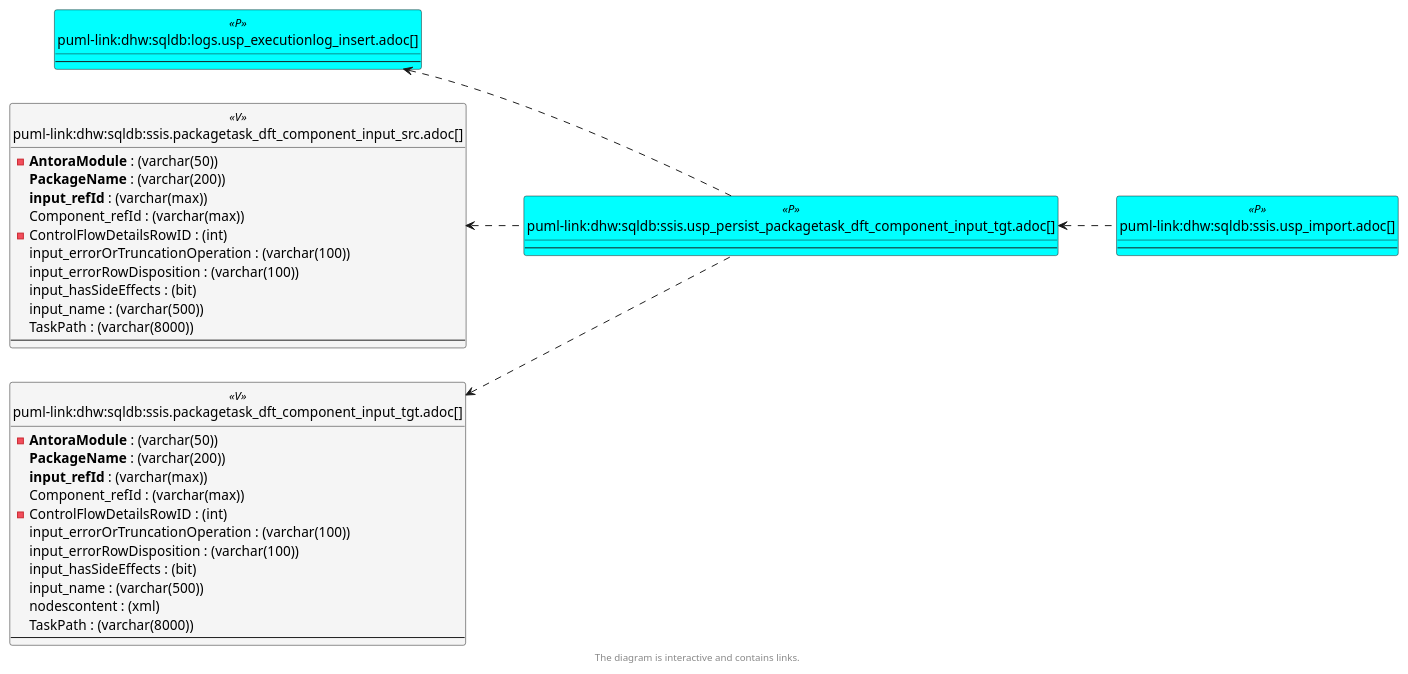
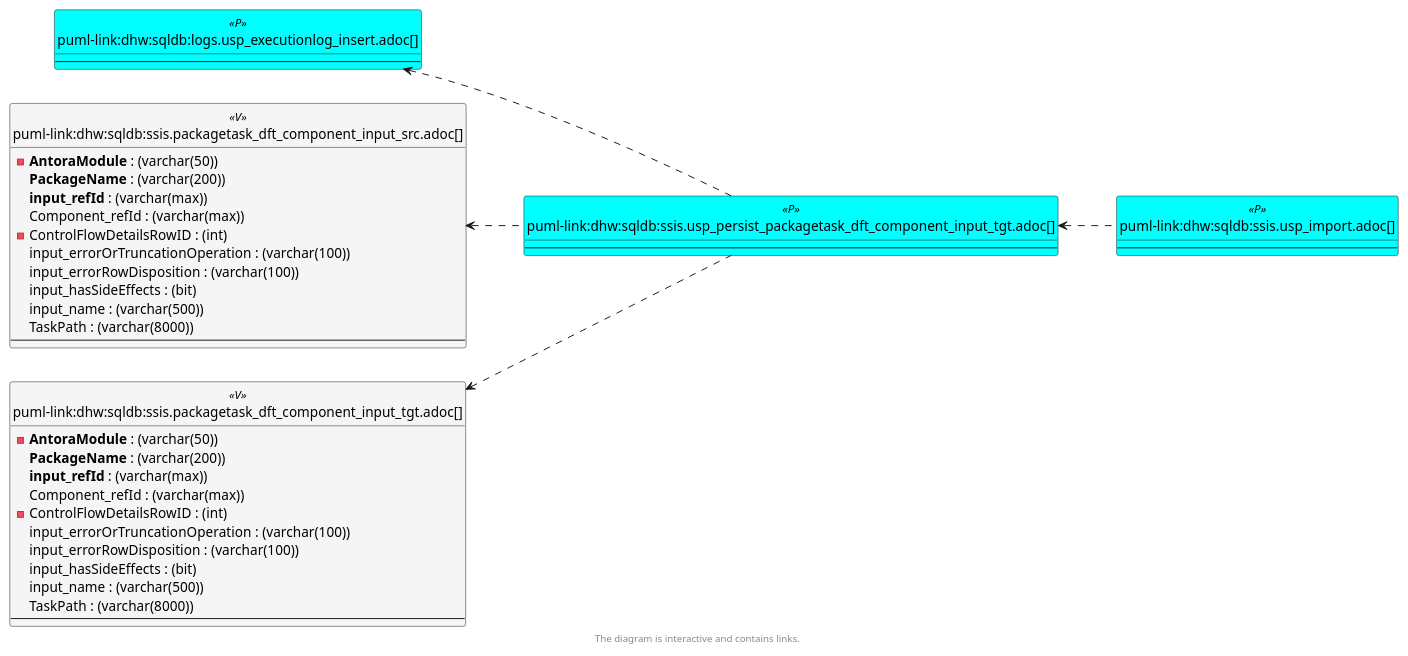
The sixth of 6 diagrams in docs/modules/sqldb/partials/content/ssis.usp_persist_packagetask_dft_component_input_tgt.adoc (DataHandwerk/dhw-antora-sqldb), drawn with PlantUML before and after one commit. The commit also changed other lines of this file and 641 other files, not shown here.

```diff
--- a/docs/modules/sqldb/partials/content/ssis.usp_persist_packagetask_dft_component_input_tgt.adoc
+++ b/docs/modules/sqldb/partials/content/ssis.usp_persist_packagetask_dft_component_input_tgt.adoc
@@ -907,81 +907,80 @@
 [plantuml, entity_1_1_colref-{docname}, svg, subs=macros]
 ....
 @startuml
 left to right direction
 'top to bottom direction
 hide circle
 'avoide "." issues:
 set namespaceSeparator none
 
 
 skinparam class {
   BackgroundColor White
   BackgroundColor<<FN>> Yellow
   BackgroundColor<<FS>> Yellow
   BackgroundColor<<FT>> LightGray
   BackgroundColor<<IF>> Yellow
   BackgroundColor<<IS>> Yellow
   BackgroundColor<<P>>  Aqua
   BackgroundColor<<PC>> Aqua
   BackgroundColor<<SN>> Yellow
   BackgroundColor<<SO>> SlateBlue
   BackgroundColor<<TF>> LightGray
   BackgroundColor<<TR>> Tomato
   BackgroundColor<<U>>  White
   BackgroundColor<<V>>  WhiteSmoke
   BackgroundColor<<X>>  Aqua
   BackgroundColor<<external>> AliceBlue
 }
 
 
 entity "puml-link:dhw:sqldb:logs.usp_executionlog_insert.adoc[]" as logs.usp_ExecutionLog_insert << P >> {
   --
 }
 
 entity "puml-link:dhw:sqldb:ssis.packagetask_dft_component_input_src.adoc[]" as ssis.PackageTask_Dft_Component_input_src << V >> {
   - **AntoraModule** : (varchar(50))
   **PackageName** : (varchar(200))
   **input_refId** : (varchar(max))
   Component_refId : (varchar(max))
   - ControlFlowDetailsRowID : (int)
   input_errorOrTruncationOperation : (varchar(100))
   input_errorRowDisposition : (varchar(100))
   input_hasSideEffects : (bit)
   input_name : (varchar(500))
   TaskPath : (varchar(8000))
   --
 }
 
 entity "puml-link:dhw:sqldb:ssis.packagetask_dft_component_input_tgt.adoc[]" as ssis.PackageTask_Dft_Component_input_tgt << V >> {
   - **AntoraModule** : (varchar(50))
   **PackageName** : (varchar(200))
   **input_refId** : (varchar(max))
   Component_refId : (varchar(max))
   - ControlFlowDetailsRowID : (int)
   input_errorOrTruncationOperation : (varchar(100))
   input_errorRowDisposition : (varchar(100))
   input_hasSideEffects : (bit)
   input_name : (varchar(500))
-  nodescontent : (xml)
   TaskPath : (varchar(8000))
   --
 }
 
 entity "puml-link:dhw:sqldb:ssis.usp_import.adoc[]" as ssis.usp_import << P >> {
   --
 }
 
 entity "puml-link:dhw:sqldb:ssis.usp_persist_packagetask_dft_component_input_tgt.adoc[]" as ssis.usp_PERSIST_PackageTask_Dft_Component_input_tgt << P >> {
   --
 }
 
 logs.usp_ExecutionLog_insert <.. ssis.usp_PERSIST_PackageTask_Dft_Component_input_tgt
 ssis.PackageTask_Dft_Component_input_src <.. ssis.usp_PERSIST_PackageTask_Dft_Component_input_tgt
 ssis.PackageTask_Dft_Component_input_tgt <.. ssis.usp_PERSIST_PackageTask_Dft_Component_input_tgt
 ssis.usp_PERSIST_PackageTask_Dft_Component_input_tgt <.. ssis.usp_import
 
 
 footer The diagram is interactive and contains links.
 
 @enduml
 ....
```
